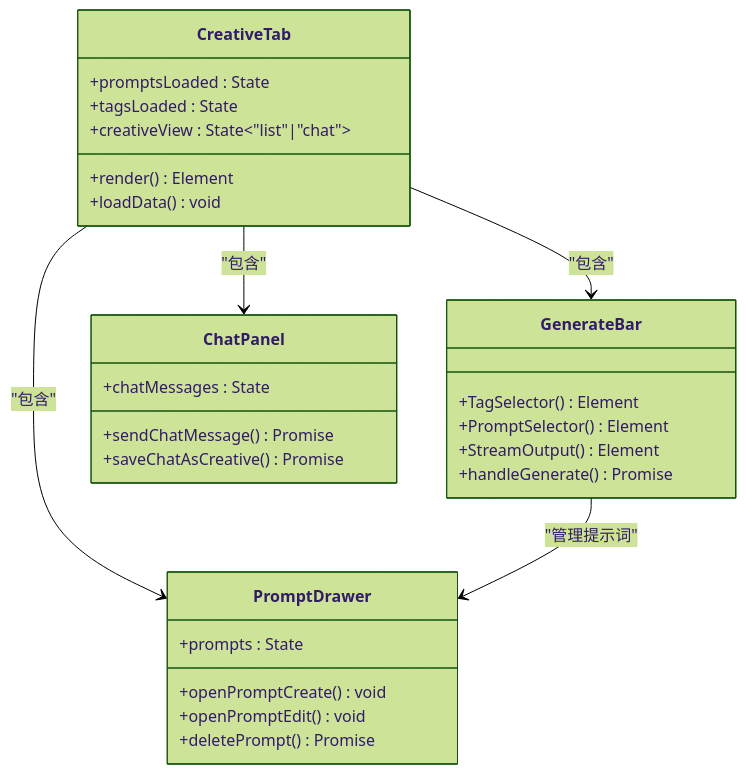
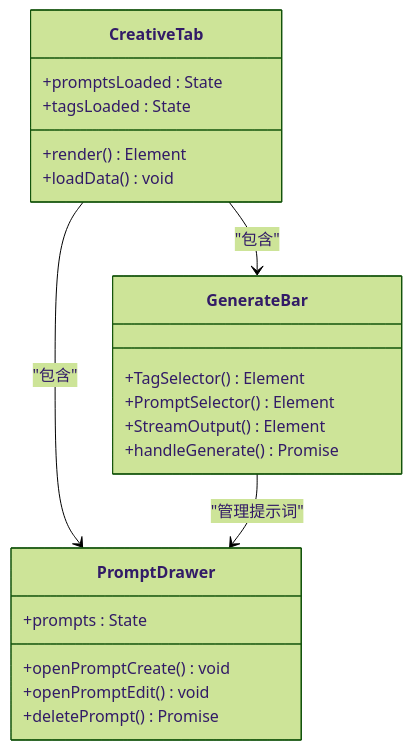
Before and after one commit to BlackBoxRecorder/memos: the second of 8 diagrams in .qoder/repowiki/zh/content/开发指南/代码结构与规范/目录结构组织/创意页面优化设计规范.md, drawn with Mermaid (forest theme). The commit also changed other lines of this file and 7 other files, not shown here.

````diff
--- a/.qoder/repowiki/zh/content/开发指南/代码结构与规范/目录结构组织/创意页面优化设计规范.md
+++ b/.qoder/repowiki/zh/content/开发指南/代码结构与规范/目录结构组织/创意页面优化设计规范.md
@@ -101,31 +105,24 @@
 ```mermaid
 classDiagram
 class CreativeTab {
 +promptsLoaded : State<boolean>
 +tagsLoaded : State<boolean>
-+creativeView : State<"list"|"chat">
 +render() Element
 +loadData() void
 }
 class GenerateBar {
 +TagSelector() Element
 +PromptSelector() Element
 +StreamOutput() Element
 +handleGenerate() Promise<void>
 }
 class PromptDrawer {
 +prompts : State<Prompt[]>
 +openPromptCreate() void
 +openPromptEdit() void
 +deletePrompt() Promise<void>
 }
-class ChatPanel {
-+chatMessages : State<ChatMsg[]>
-+sendChatMessage() Promise<void>
-+saveChatAsCreative() Promise<void>
-}
 CreativeTab --> GenerateBar : "包含"
 CreativeTab --> PromptDrawer : "包含"
-CreativeTab --> ChatPanel : "包含"
 GenerateBar --> PromptDrawer : "管理提示词"
 ```
````
